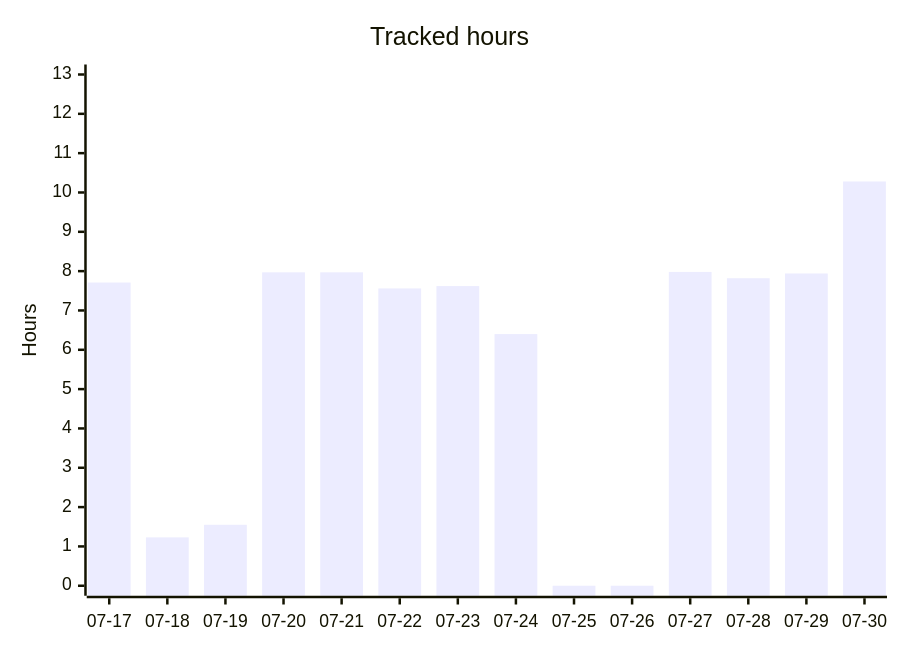
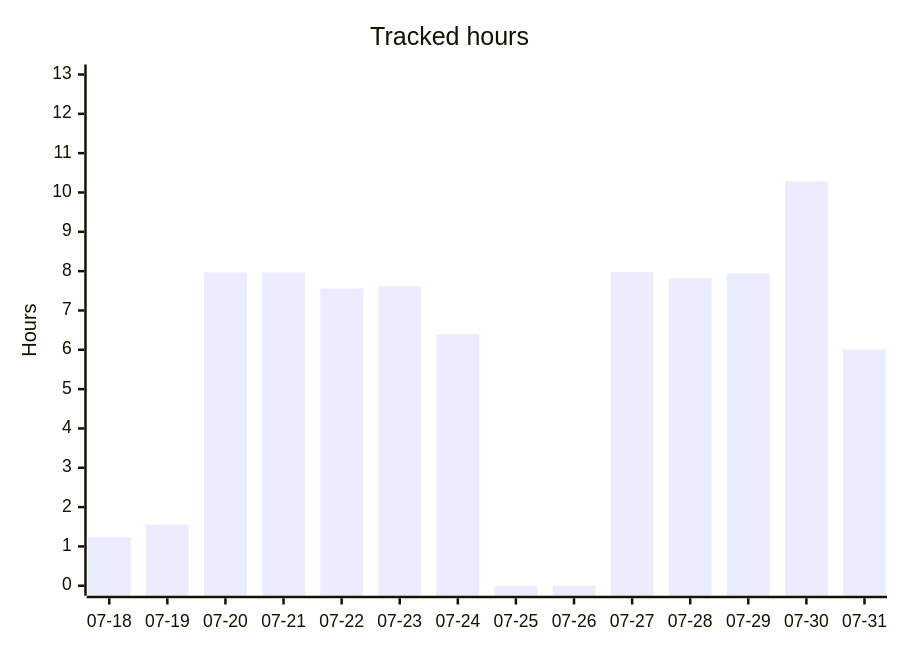
One commit to albinforsberg-netizen/timeclock changed the second of 5 diagrams in README.org. Above: the diagram before and after it, drawn with Mermaid. The commit also changed other lines of this file, not shown here.

```diff
--- a/README.org
+++ b/README.org
@@ -94,7 +94,7 @@
 #+begin_src mermaid
 xychart-beta
     title "Tracked hours"
-    x-axis ["07-17", "07-18", "07-19", "07-20", "07-21", "07-22", "07-23", "07-24", "07-25", "07-26", "07-27", "07-28", "07-29", "07-30"]
+    x-axis ["07-18", "07-19", "07-20", "07-21", "07-22", "07-23", "07-24", "07-25", "07-26", "07-27", "07-28", "07-29", "07-30", "07-31"]
     y-axis "Hours" 0 --> 13
-    bar [7.71, 1.23, 1.55, 7.97, 7.97, 7.56, 7.62, 6.40, 0.00, 0.00, 7.98, 7.82, 7.94, 10.28]
+    bar [1.23, 1.55, 7.97, 7.97, 7.56, 7.62, 6.40, 0.00, 0.00, 7.98, 7.82, 7.94, 10.28, 6.01]
 #+end_src
```
